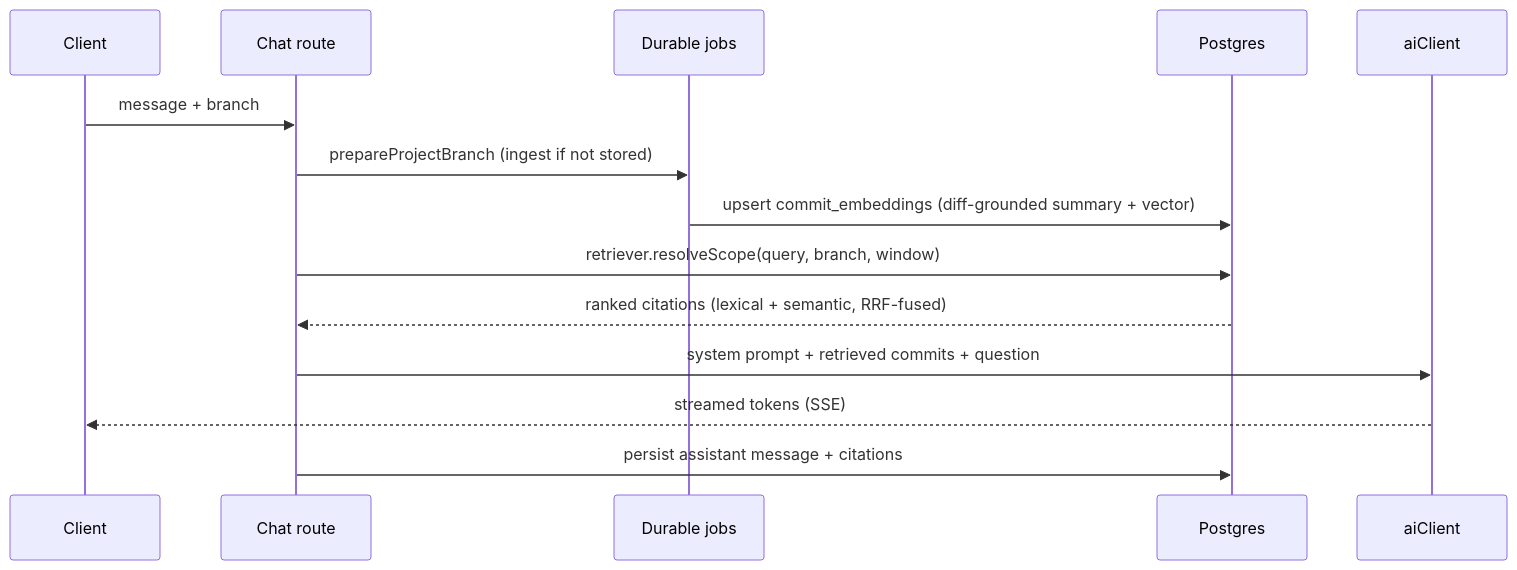
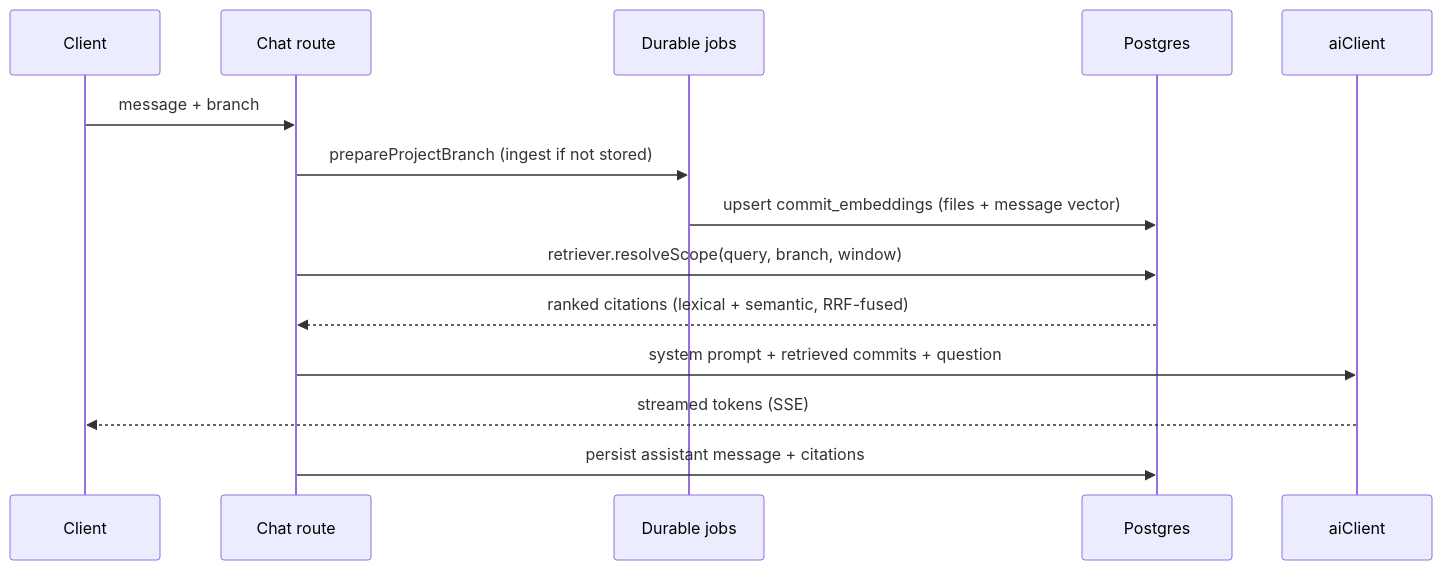
One commit to franciscoluna-28/Scrapecat changed the second of 5 diagrams in docs/architecture.md. Above: the diagram before and after it, drawn with Mermaid. The commit also changed other lines of this file and 3 other files, not shown here.

First line of the commit message:
docs: document disabled summaries and message-based embeddings

````diff
--- a/docs/architecture.md
+++ b/docs/architecture.md
@@ -48,17 +48,17 @@
 ```mermaid
 sequenceDiagram
     participant C as Client
     participant API as Chat route
     participant Q as Durable jobs
     participant DB as Postgres
     participant LLM as aiClient
 
     C->>API: message + branch
     API->>Q: prepareProjectBranch (ingest if not stored)
-    Q->>DB: upsert commit_embeddings (diff-grounded summary + vector)
+    Q->>DB: upsert commit_embeddings (files + message vector)
     API->>DB: retriever.resolveScope(query, branch, window)
     DB-->>API: ranked citations (lexical + semantic, RRF-fused)
     API->>LLM: system prompt + retrieved commits + question
     LLM-->>C: streamed tokens (SSE)
     API->>DB: persist assistant message + citations
 ```
````
